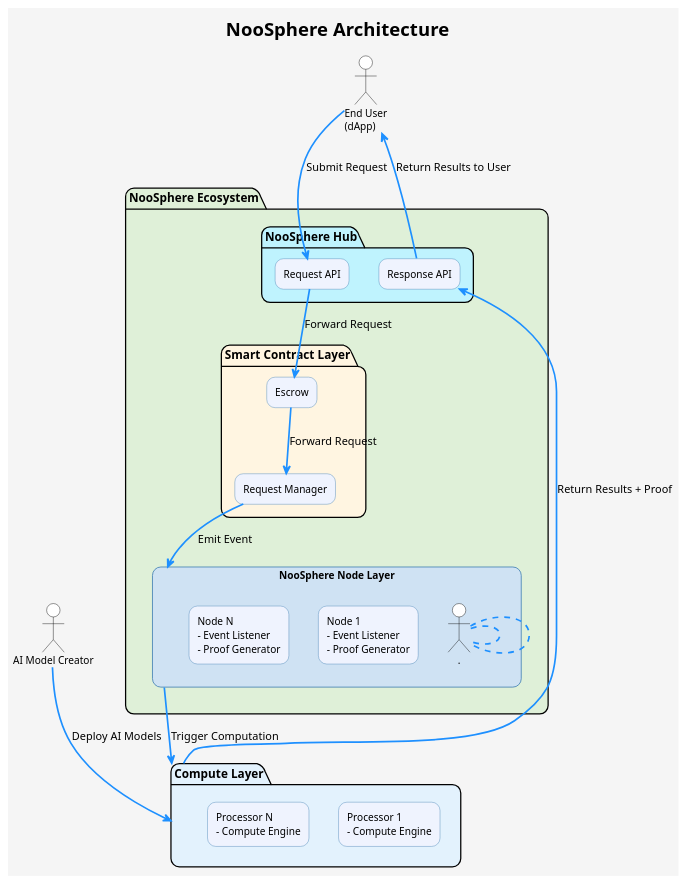
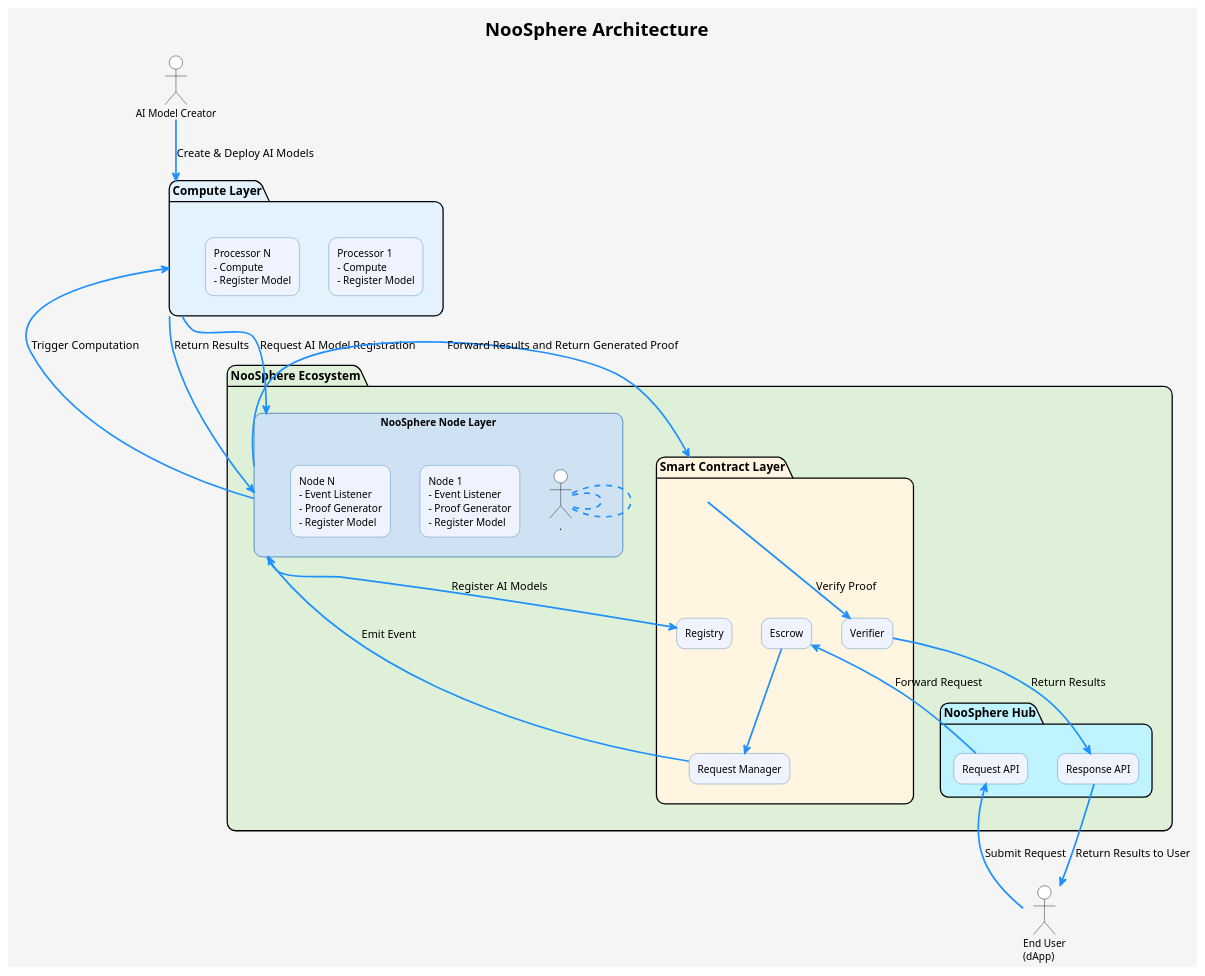
One commit to hpp-io/noosphere changed the diagram in NooSphere_Architecture.puml. Above: the diagram before and after it, drawn with PlantUML.

Commit message:
HPP-14, HPP-1 added use case diagram

```diff
--- a/NooSphere_Architecture.puml
+++ b/NooSphere_Architecture.puml
@@ -1,78 +1,85 @@
 @startuml
 left to right direction
 skinparam backgroundColor #F5F5F5
 skinparam shadowing false
 skinparam componentStyle rectangle
 skinparam ArrowColor #1E90FF
 skinparam ArrowThickness 2
 skinparam roundcorner 20
 skinparam rectangle {
     FontName Calibri
     FontSize 12
     BackgroundColor #EFF3FE
     FontColor #000000
     BorderColor #4682B4
 }
 
 skinparam actor {
     FontName Calibri
     FontSize 12
     BackgroundColor #FFFFFF
     FontColor #000000
     BorderColor #000000
 }
 
 skinparam titleFontName Calibri
 skinparam titleFontSize 22
 skinparam titleFontColor #000000
 
 title
 NooSphere Architecture
 end title
 
 actor "End User\n(dApp)" as User
 actor "AI Model Creator" as AIMC
 
 package "NooSphere Ecosystem" #DFF0D8 {
     left to right direction
     package "NooSphere Hub" as Hub #BFF3FE{
         left to right direction
-        rectangle "Request API" as ReqAPI
-        rectangle "Response API" as RespAPI
+        rectangle "Request API" as RequestAPI
+        rectangle "Response API" as ResponseAPI
+
     }
 
     package "Smart Contract Layer" as Contract #FFF5E1 {
         left to right direction
         rectangle "Escrow" as Escrow
+        rectangle "Verifier" as Verifier
         rectangle "Request Manager" as ReqManager
+        rectangle "Registry" as Registry
     }
 
     rectangle "NooSphere Node Layer" as Node #CFE2F3 {
         top to bottom direction
-        rectangle "Node 1\n- Event Listener\n- Proof Generator" as Node1
+        rectangle "Node 1\n- Event Listener\n- Proof Generator\n- Register Model" as Node1
 '        rectangle "Node 2\n- Event Listener\n- Proof Generator" as Node2
         ...
-        rectangle "Node N\n- Event Listener\n- Proof Generator" as NodeN
+        rectangle "Node N\n- Event Listener\n- Proof Generator\n- Register Model" as NodeN
     }
 }
 
 package "Compute Layer" as Compute #E3F2FD {
     top to bottom direction
-    rectangle "Processor 1\n- Compute Engine" as AI1
+    rectangle "Processor 1\n- Compute\n- Register Model" as AI1
 '    rectangle "Processor 2\n- Compute Engine" as AI2
     ...
-    rectangle "Processor N\n- Compute Engine" as AIN
+    rectangle "Processor N\n- Compute\n- Register Model" as AIN
 }
 
-User --> ReqAPI : Submit Request
-ReqAPI --> Escrow : Forward Request
-Escrow --> ReqManager : Forward Request
+User --> RequestAPI : Submit Request
+RequestAPI --> Escrow : Forward Request
+Escrow --> ReqManager
 
 ReqManager --> Node : Emit Event
 Node --> Compute : Trigger Computation
-Compute --> RespAPI : Return Results + Proof
+Compute --> Node : Return Results
+Node --> Contract : Forward Results and Return Generated Proof
+Contract --> Verifier : Verify Proof
+Verifier --> ResponseAPI :Return Results
+ResponseAPI --> User : Return Results to User
 
-RespAPI --> User : Return Results to User
-AIMC --> Compute : Deploy AI Models
-
+AIMC --> Compute : Create & Deploy AI Models
+Compute --> Node : Request AI Model Registration
+Node --> Registry : Register AI Models
 @enduml
```
